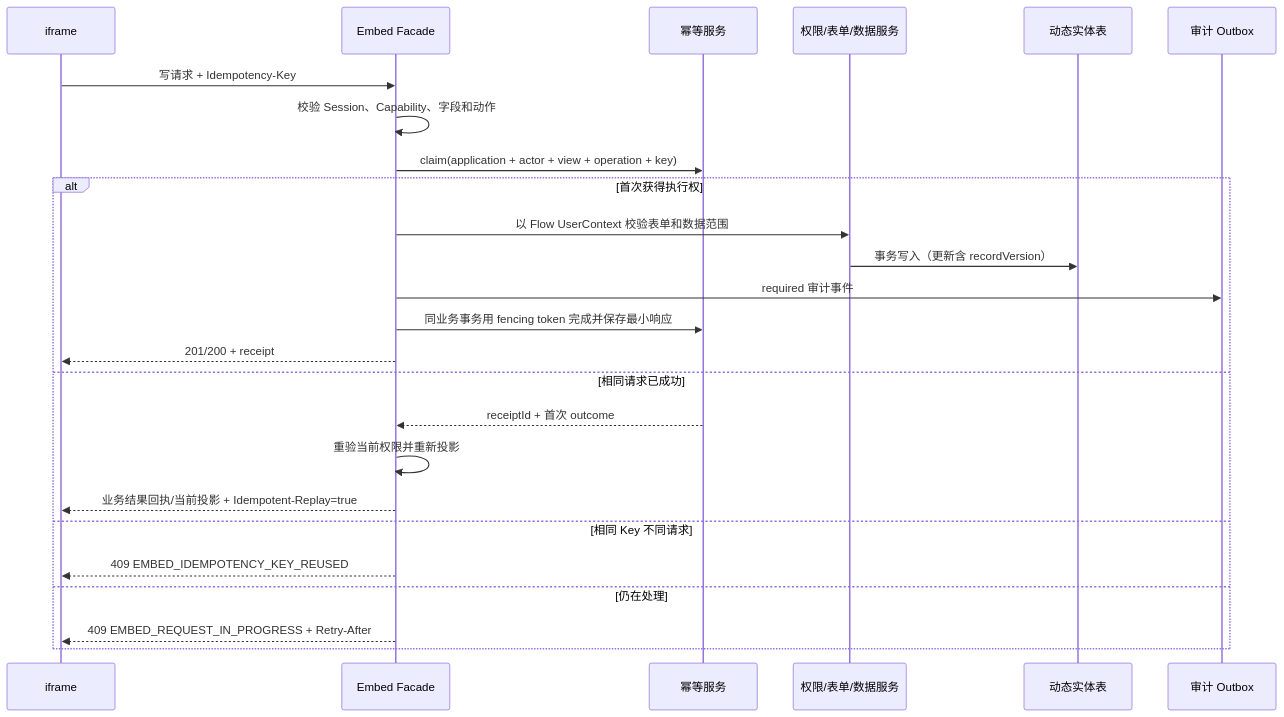
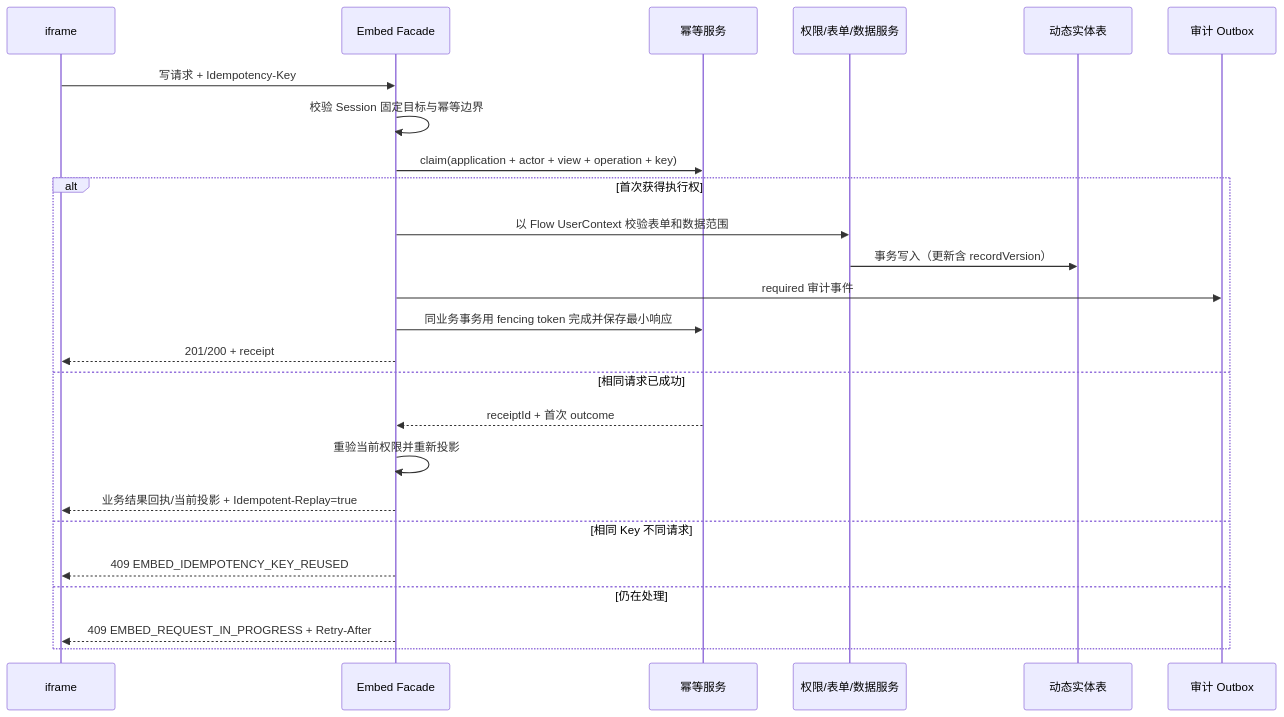
One commit to benbenbingbing/flow changed the sixth of 7 diagrams in docs/embed-runtime-detailed-design.md. Above: the diagram before and after it, drawn with Mermaid. The commit also changed other lines of this file and 267 other files, not shown here.

````diff
--- a/docs/embed-runtime-detailed-design.md
+++ b/docs/embed-runtime-detailed-design.md
@@ -2382,28 +1921,28 @@
 ```mermaid
 sequenceDiagram
     participant F as iframe
     participant R as Embed Facade
     participant I as 幂等服务
     participant P as 权限/表单/数据服务
     participant D as 动态实体表
     participant A as 审计 Outbox
 
     F->>R: 写请求 + Idempotency-Key
-    R->>R: 校验 Session、Capability、字段和动作
+    R->>R: 校验 Session 固定目标与幂等边界
     R->>I: claim(application + actor + view + operation + key)
     alt 首次获得执行权
         R->>P: 以 Flow UserContext 校验表单和数据范围
         P->>D: 事务写入（更新含 recordVersion）
         R->>A: required 审计事件
         R->>I: 同业务事务用 fencing token 完成并保存最小响应
         R-->>F: 201/200 + receipt
     else 相同请求已成功
         I-->>R: receiptId + 首次 outcome
         R->>R: 重验当前权限并重新投影
         R-->>F: 业务结果回执/当前投影 + Idempotent-Replay=true
     else 相同 Key 不同请求
         R-->>F: 409 EMBED_IDEMPOTENCY_KEY_REUSED
     else 仍在处理
         R-->>F: 409 EMBED_REQUEST_IN_PROGRESS + Retry-After
     end
 ```
````
